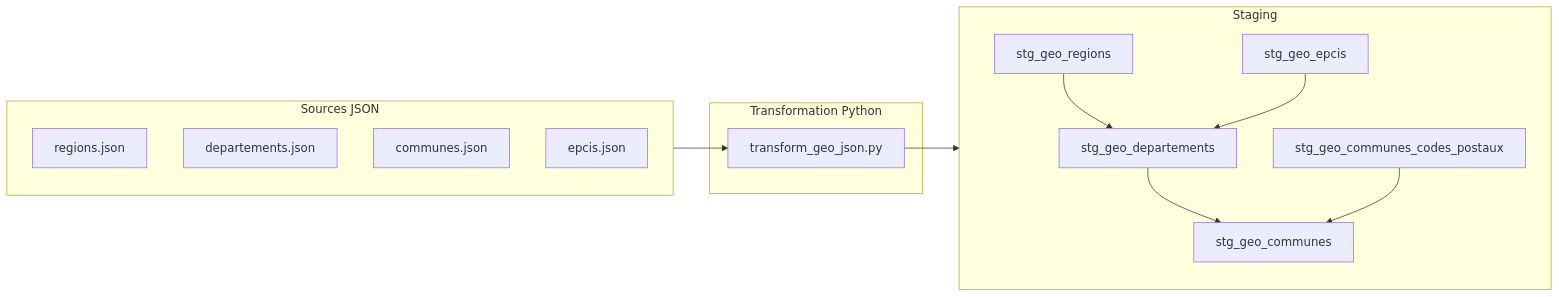
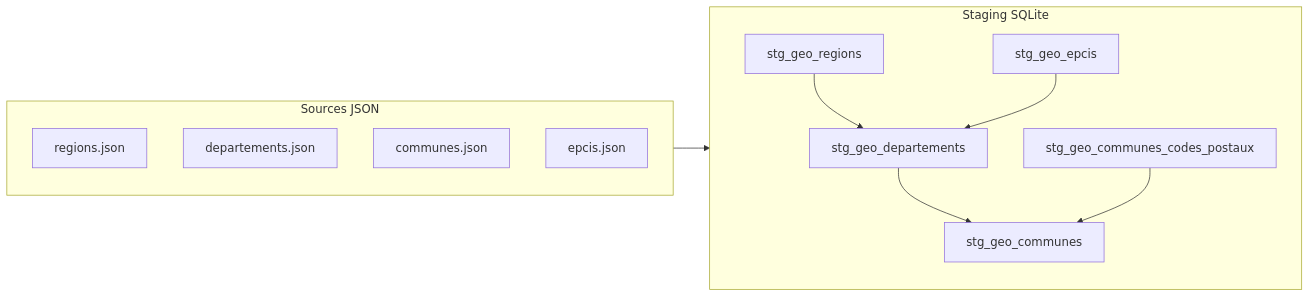
The diagram in docs/geo_lineage.md (Jean-ThomasM/data_market_pipeline), drawn with Mermaid before and after one commit. The commit also changed other lines of this file and 6 other files, not shown here.

````diff
--- a/docs/geo_lineage.md
+++ b/docs/geo_lineage.md
@@ -49,27 +30,22 @@
 ```mermaid
 flowchart LR
   subgraph sources [Sources JSON]
     regionsJson["regions.json"]
     departementsJson["departements.json"]
     communesJson["communes.json"]
     epcisJson["epcis.json"]
   end
 
-  subgraph pythonLayer [Transformation Python]
-    pyTransform["transform_geo_json.py"]
-  end
-
-  subgraph staging [Staging]
+  subgraph staging [Staging SQLite]
     stgRegions["stg_geo_regions"]
     stgDepartements["stg_geo_departements"]
     stgCommunes["stg_geo_communes"]
     stgCommuneCP["stg_geo_communes_codes_postaux"]
     stgEpcis["stg_geo_epcis"]
   end
 
-  sources --> pyTransform
-  pyTransform --> staging
+  sources --> staging
   stgRegions --> stgDepartements --> stgCommunes
   stgCommuneCP --> stgCommunes
   stgEpcis --> stgDepartements
 ```
````
